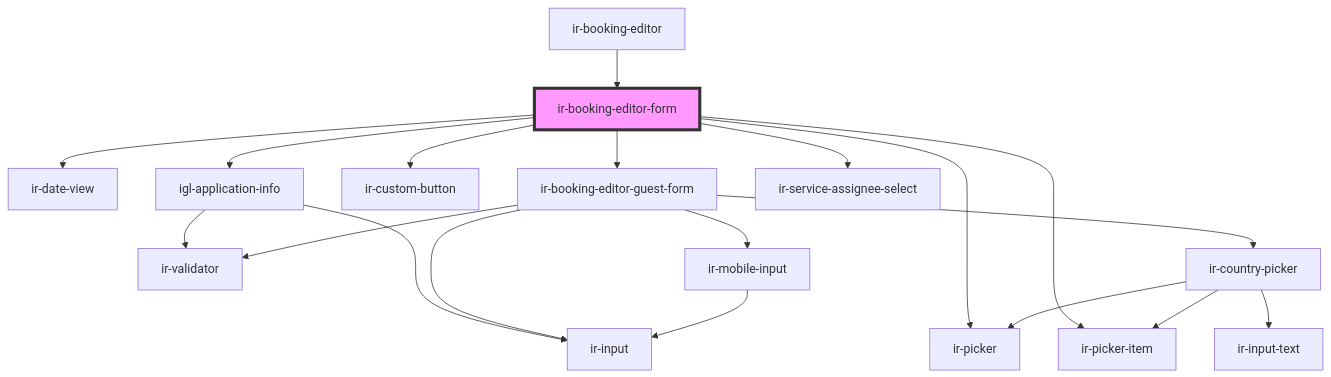
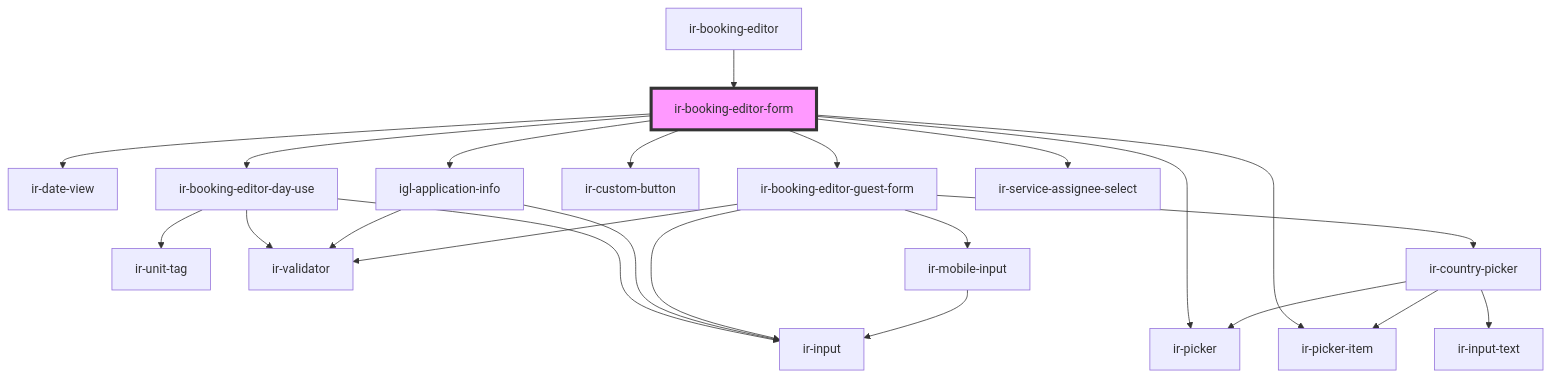
One commit to RonyRizk/ir-webcmp changed the diagram in src/components/igloo-calendar/ir-booking-editor/ir-booking-editor-form/readme.md. Above: the diagram before and after it, drawn with Mermaid. The commit also changed other lines of this file and 244 other files, not shown here.

````diff
--- a/src/components/igloo-calendar/ir-booking-editor/ir-booking-editor-form/readme.md
+++ b/src/components/igloo-calendar/ir-booking-editor/ir-booking-editor-form/readme.md
@@ -42,22 +43,26 @@
 ```mermaid
 graph TD;
   ir-booking-editor-form --> ir-date-view
+  ir-booking-editor-form --> ir-booking-editor-day-use
   ir-booking-editor-form --> igl-application-info
   ir-booking-editor-form --> ir-picker
   ir-booking-editor-form --> ir-picker-item
   ir-booking-editor-form --> ir-custom-button
   ir-booking-editor-form --> ir-booking-editor-guest-form
   ir-booking-editor-form --> ir-service-assignee-select
+  ir-booking-editor-day-use --> ir-unit-tag
+  ir-booking-editor-day-use --> ir-validator
+  ir-booking-editor-day-use --> ir-input
   igl-application-info --> ir-validator
   igl-application-info --> ir-input
   ir-booking-editor-guest-form --> ir-input
   ir-booking-editor-guest-form --> ir-validator
   ir-booking-editor-guest-form --> ir-country-picker
   ir-booking-editor-guest-form --> ir-mobile-input
   ir-country-picker --> ir-picker
   ir-country-picker --> ir-picker-item
   ir-country-picker --> ir-input-text
   ir-mobile-input --> ir-input
   ir-booking-editor --> ir-booking-editor-form
   style ir-booking-editor-form fill:#f9f,stroke:#333,stroke-width:4px
 ```
````
